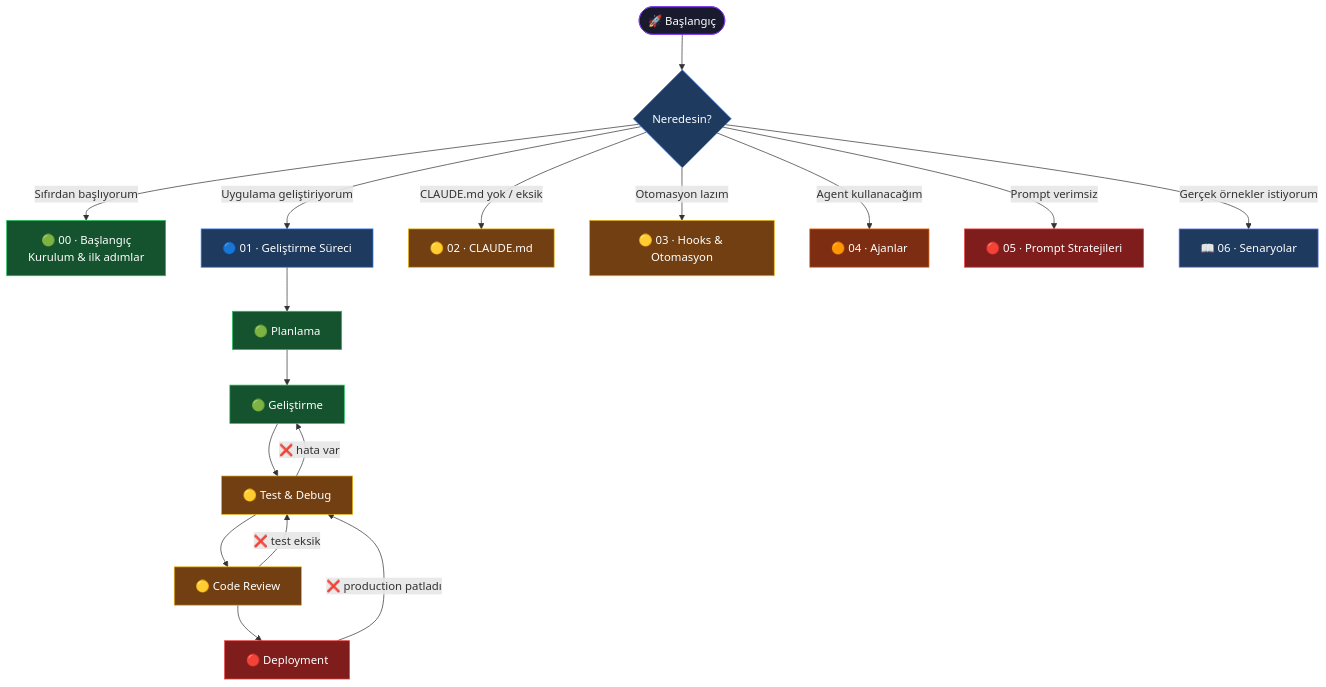
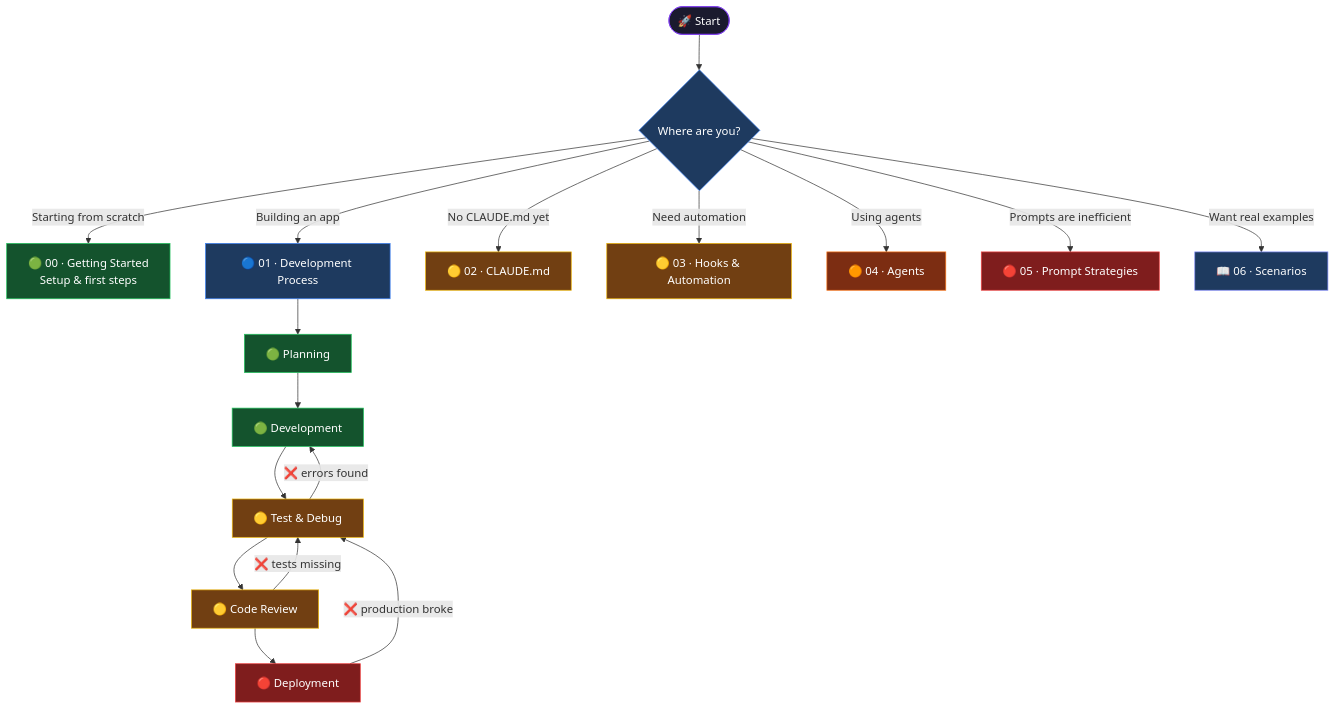
Before and after one commit to ismailcelik-tr/claude-code-guide: the diagram in README.md, drawn with Mermaid. The commit also changed other lines of this file and 117 other files, not shown here.

````diff
--- a/README.md
+++ b/README.md
@@ -25,50 +28,50 @@
 ```mermaid
 flowchart TD
-    START([🚀 Başlangıç]) --> KARAR{Neredesin?}
+    START([🚀 Start]) --> KARAR{Where are you?}
 
-    KARAR -->|Sıfırdan başlıyorum| B00["🟢 00 · Başlangıç\nKurulum & ilk adımlar"]
-    KARAR -->|Uygulama geliştiriyorum| SDLC["🔵 01 · Geliştirme Süreci"]
-    KARAR -->|CLAUDE.md yok / eksik| CMD["🟡 02 · CLAUDE.md"]
-    KARAR -->|Otomasyon lazım| HOOK["🟡 03 · Hooks & Otomasyon"]
-    KARAR -->|Agent kullanacağım| AJAN["🟠 04 · Ajanlar"]
-    KARAR -->|Prompt verimsiz| PROMPT["🔴 05 · Prompt Stratejileri"]
-    KARAR -->|Gerçek örnekler istiyorum| SCN["📖 06 · Senaryolar"]
+    KARAR -->|Starting from scratch| B00["🟢 00 · Getting Started\nSetup & first steps"]
+    KARAR -->|Building an app| SDLC["🔵 01 · Development Process"]
+    KARAR -->|No CLAUDE.md yet| CMD["🟡 02 · CLAUDE.md"]
+    KARAR -->|Need automation| HOOK["🟡 03 · Hooks & Automation"]
+    KARAR -->|Using agents| AJAN["🟠 04 · Agents"]
+    KARAR -->|Prompts are inefficient| PROMPT["🔴 05 · Prompt Strategies"]
+    KARAR -->|Want real examples| SCN["📖 06 · Scenarios"]
 
-    SDLC --> P1["🟢 Planlama"]
-    P1 --> P2["🟢 Geliştirme"]
+    SDLC --> P1["🟢 Planning"]
+    P1 --> P2["🟢 Development"]
     P2 --> P3["🟡 Test & Debug"]
     P3 --> P4["🟡 Code Review"]
     P4 --> P5["🔴 Deployment"]
 
-    P3 -- "❌ hata var" --> P2
-    P4 -- "❌ test eksik" --> P3
-    P5 -- "❌ production patladı" --> P3
+    P3 -- "❌ errors found" --> P2
+    P4 -- "❌ tests missing" --> P3
+    P5 -- "❌ production broke" --> P3
 
-    click B00 href "https://github.com/ismailcelik-tr/claude-code-guide/blob/main/00-baslangic/README.md"
-    click SDLC href "https://github.com/ismailcelik-tr/claude-code-guide/blob/main/01-gelistirme-sureci/README.md"
-    click P1 href "https://github.com/ismailcelik-tr/claude-code-guide/blob/main/01-gelistirme-sureci/01-planlama.md"
-    click P2 href "https://github.com/ismailcelik-tr/claude-code-guide/blob/main/01-gelistirme-sureci/02-gelistirme.md"
-    click P3 href "https://github.com/ismailcelik-tr/claude-code-guide/blob/main/01-gelistirme-sureci/03-test-ve-debug.md"
-    click P4 href "https://github.com/ismailcelik-tr/claude-code-guide/blob/main/01-gelistirme-sureci/04-code-review.md"
-    click P5 href "https://github.com/ismailcelik-tr/claude-code-guide/blob/main/01-gelistirme-sureci/05-deployment.md"
+    click B00 href "https://github.com/ismailcelik-tr/claude-code-guide/blob/main/00-getting-started/README.md"
+    click SDLC href "https://github.com/ismailcelik-tr/claude-code-guide/blob/main/01-development-process/README.md"
+    click P1 href "https://github.com/ismailcelik-tr/claude-code-guide/blob/main/01-development-process/01-planning.md"
+    click P2 href "https://github.com/ismailcelik-tr/claude-code-guide/blob/main/01-development-process/02-development.md"
+    click P3 href "https://github.com/ismailcelik-tr/claude-code-guide/blob/main/01-development-process/03-test-and-debug.md"
+    click P4 href "https://github.com/ismailcelik-tr/claude-code-guide/blob/main/01-development-process/04-code-review.md"
+    click P5 href "https://github.com/ismailcelik-tr/claude-code-guide/blob/main/01-development-process/05-deployment.md"
     click CMD href "https://github.com/ismailcelik-tr/claude-code-guide/blob/main/02-claude-md/README.md"
-    click HOOK href "https://github.com/ismailcelik-tr/claude-code-guide/blob/main/03-hooks-otomasyon/README.md"
-    click AJAN href "https://github.com/ismailcelik-tr/claude-code-guide/blob/main/04-ajanlar/README.md"
-    click PROMPT href "https://github.com/ismailcelik-tr/claude-code-guide/blob/main/05-prompt-stratejileri/README.md"
-    click SCN href "https://github.com/ismailcelik-tr/claude-code-guide/blob/main/06-senaryolar/README.md"
+    click HOOK href "https://github.com/ismailcelik-tr/claude-code-guide/blob/main/03-hooks-automation/README.md"
+    click AJAN href "https://github.com/ismailcelik-tr/claude-code-guide/blob/main/04-agents/README.md"
+    click PROMPT href "https://github.com/ismailcelik-tr/claude-code-guide/blob/main/05-prompt-strategies/README.md"
+    click SCN href "https://github.com/ismailcelik-tr/claude-code-guide/blob/main/06-scenarios/README.md"
 
     style START fill:#1a1a2e,color:#fff,stroke:#7c3aed
     style KARAR fill:#1e3a5f,color:#fff,stroke:#3b82f6
     style B00 fill:#14532d,color:#fff,stroke:#22c55e
     style SDLC fill:#1e3a5f,color:#fff,stroke:#3b82f6
     style P1 fill:#14532d,color:#fff,stroke:#22c55e
     style P2 fill:#14532d,color:#fff,stroke:#22c55e
     style P3 fill:#713f12,color:#fff,stroke:#eab308
     style P4 fill:#713f12,color:#fff,stroke:#eab308
     style P5 fill:#7f1d1d,color:#fff,stroke:#ef4444
     style CMD fill:#713f12,color:#fff,stroke:#eab308
     style HOOK fill:#713f12,color:#fff,stroke:#eab308
     style AJAN fill:#7c2d12,color:#fff,stroke:#f97316
     style PROMPT fill:#7f1d1d,color:#fff,stroke:#ef4444
     style SCN fill:#1e3a5f,color:#fff,stroke:#818cf8
 ```
````
